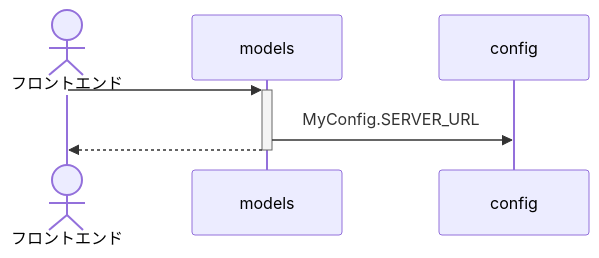
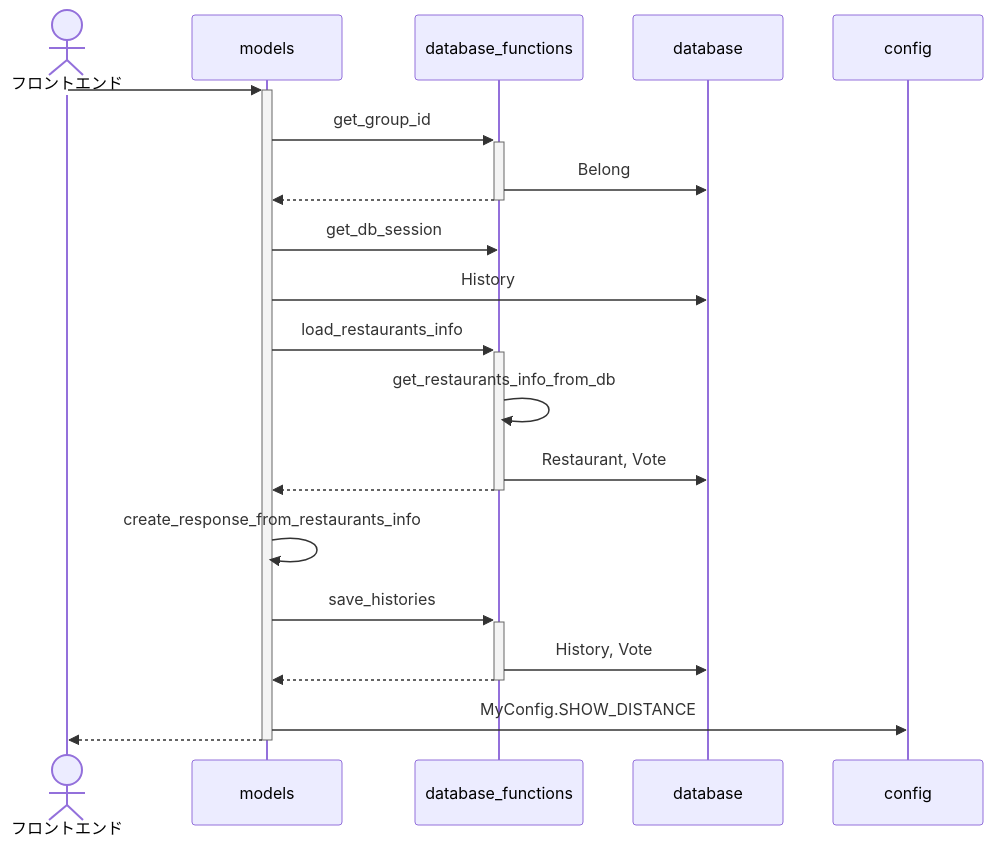
Before and after one commit to seal-git/22zemi: the sixth of 6 diagrams in python-flask/SequenceDiagram.md, drawn with Mermaid. The commit also changed other lines of this file and 1 other file, not shown here.

Commit message:
sequence diagram

````diff
--- a/python-flask/SequenceDiagram.md
+++ b/python-flask/SequenceDiagram.md
@@ -117,8 +146,21 @@
 ```mermaid
 sequenceDiagram
     actor フロントエンド
     
     フロントエンド ->>+ models : 
-    models ->> config : MyConfig.SERVER_URL
+    models ->>+ database_functions : get_group_id
+    database_functions ->> database : Belong
+    database_functions -->>- models : 
+    models ->> database_functions : get_db_session
+    models ->> database : History
+    models ->>+ database_functions : load_restaurants_info
+    database_functions ->> database_functions : get_restaurants_info_from_db
+    database_functions ->> database : Restaurant, Vote
+    database_functions -->>- models : 
+    models ->> models : create_response_from_restaurants_info
+    models ->>+ database_functions : save_histories
+    database_functions ->> database : History, Vote
+    database_functions -->>- models : 
+    models ->> config : MyConfig.SHOW_DISTANCE
     models -->>- フロントエンド : 
 ```
````
